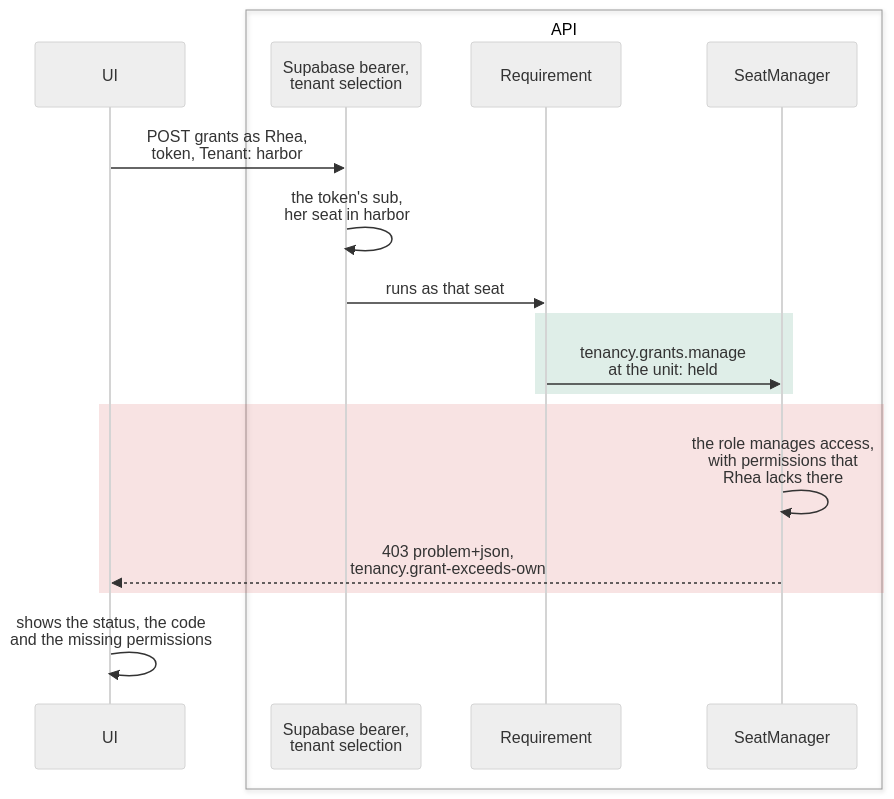
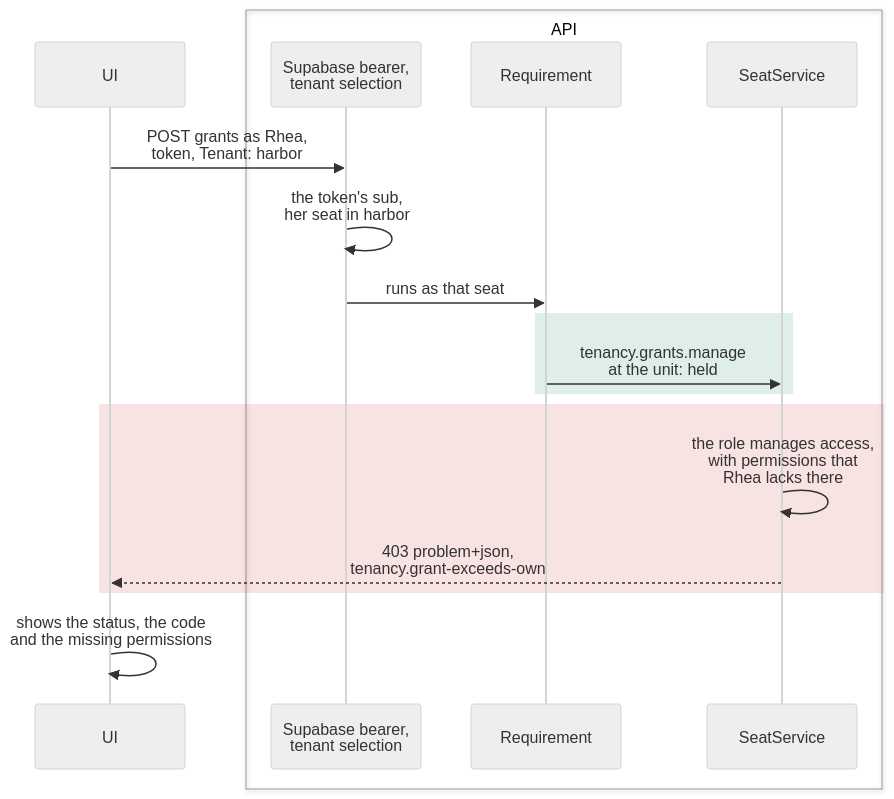
The diagram in docs/tenancy/sample/try-it.md (DylanSnel/DDDToolkit), drawn with Mermaid (neutral theme) before and after one commit. The commit also changed other lines of this file and 65 other files, not shown here.

````diff
--- a/docs/tenancy/sample/try-it.md
+++ b/docs/tenancy/sample/try-it.md
@@ -70,21 +70,21 @@
 ```mermaid
 sequenceDiagram
     participant UI
     box API
         participant Bearer as Supabase bearer,<br/>tenant selection
         participant Requirement
-        participant UseCase as SeatManager
+        participant UseCase as SeatService
     end
 
     UI->>Bearer: POST grants as Rhea,<br/>token, Tenant: harbor
     Bearer->>Bearer: the token's sub,<br/>her seat in harbor
     Bearer->>Requirement: runs as that seat
     rect rgba(31, 138, 91, 0.14)
         Requirement->>UseCase: tenancy.grants.manage<br/>at the unit: held
     end
     rect rgba(201, 60, 60, 0.14)
         UseCase->>UseCase: the role manages access,<br/>with permissions that<br/>Rhea lacks there
         UseCase-->>UI: 403 problem+json,<br/>tenancy.grant-exceeds-own
     end
     UI->>UI: shows the status, the code<br/>and the missing permissions
 ```
````
